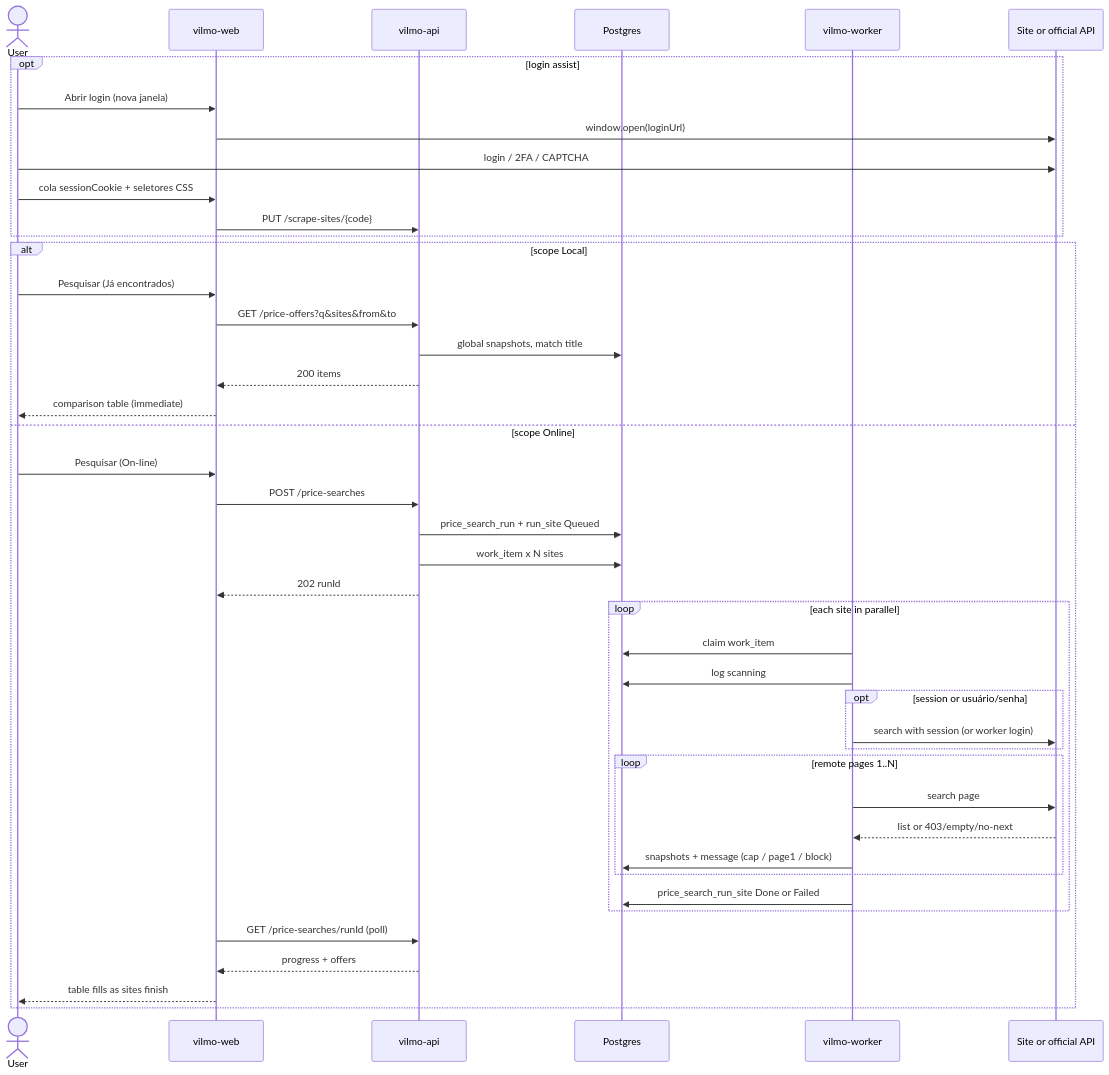
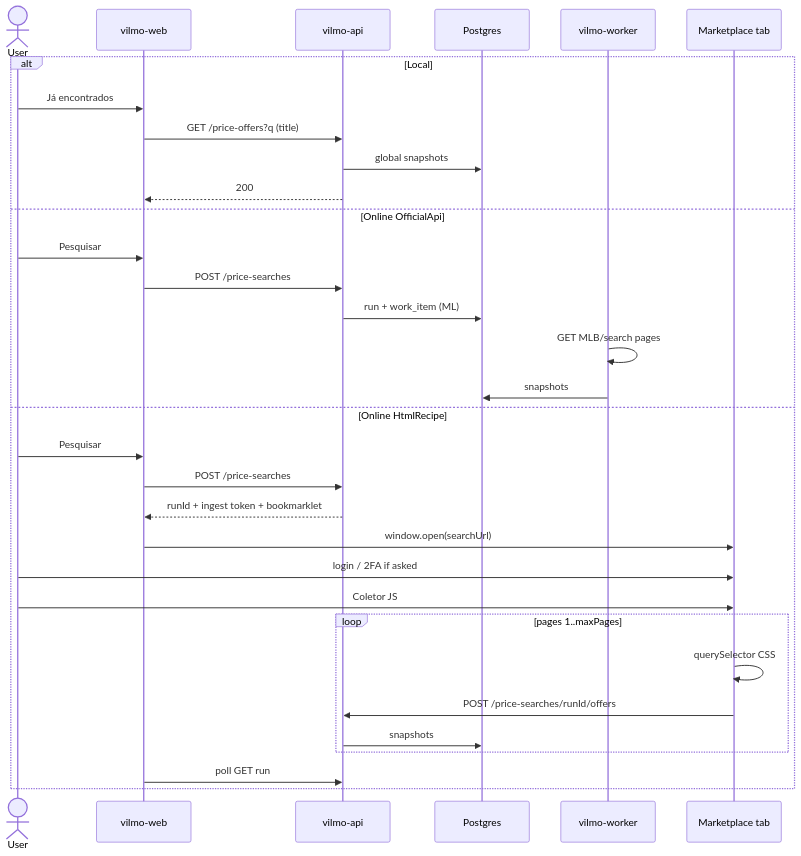
The diagram in MD/PRICE_SEARCH.md (andrevilmo/VilmoMarketingEngine), drawn with Mermaid before and after one commit. The commit also changed other lines of this file, not shown here.

First line of the commit message:
docs(price-search): HTML scrape on the laptop, POST offers to API

````diff
--- a/MD/PRICE_SEARCH.md
+++ b/MD/PRICE_SEARCH.md
@@ -355,47 +274,35 @@
 ```mermaid
 sequenceDiagram
   actor User
   participant Web as vilmo-web
   participant Api as vilmo-api
   participant Db as Postgres
   participant W as vilmo-worker
-  participant Site as Site or official API
+  participant Site as Marketplace tab
 
-  opt login assist
-    User->>Web: Abrir login (nova janela)
-    Web->>Site: window.open(loginUrl)
-    User->>Site: login / 2FA / CAPTCHA
-    User->>Web: cola sessionCookie + seletores CSS
-    Web->>Api: PUT /scrape-sites/{code}
-  end
-
-  alt scope Local
-    User->>Web: Pesquisar (Já encontrados)
-    Web->>Api: GET /price-offers?q&sites&from&to
-    Api->>Db: global snapshots, match title
-    Api-->>Web: 200 items
-    Web-->>User: comparison table (immediate)
-  else scope Online
-    User->>Web: Pesquisar (On-line)
+  alt Local
+    User->>Web: Já encontrados
+    Web->>Api: GET /price-offers?q (title)
+    Api->>Db: global snapshots
+    Api-->>Web: 200
+  else Online OfficialApi
+    User->>Web: Pesquisar
     Web->>Api: POST /price-searches
-    Api->>Db: price_search_run + run_site Queued
-    Api->>Db: work_item x N sites
-    Api-->>Web: 202 runId
-    loop each site in parallel
-      W->>Db: claim work_item
-      W->>Db: log scanning
-      opt session or usuário/senha
-        W->>Site: search with session (or worker login)
-      end
-      loop remote pages 1..N
-        W->>Site: search page
-        Site-->>W: list or 403/empty/no-next
-        W->>Db: snapshots + message (cap / page1 / block)
-      end
-      W->>Db: price_search_run_site Done or Failed
+    Api->>Db: run + work_item (ML)
+    W->>W: GET MLB/search pages
+    W->>Db: snapshots
+  else Online HtmlRecipe
+    User->>Web: Pesquisar
+    Web->>Api: POST /price-searches
+    Api-->>Web: runId + ingest token + bookmarklet
+    Web->>Site: window.open(searchUrl)
+    User->>Site: login / 2FA if asked
+    User->>Site: Coletor JS
+    loop pages 1..maxPages
+      Site->>Site: querySelector CSS
+      Site->>Api: POST /price-searches/runId/offers
+      Api->>Db: snapshots
     end
-    Web->>Api: GET /price-searches/runId (poll)
-    Api-->>Web: progress + offers
-    Web-->>User: table fills as sites finish
+    Web->>Api: poll GET run
   end
 ```
````
